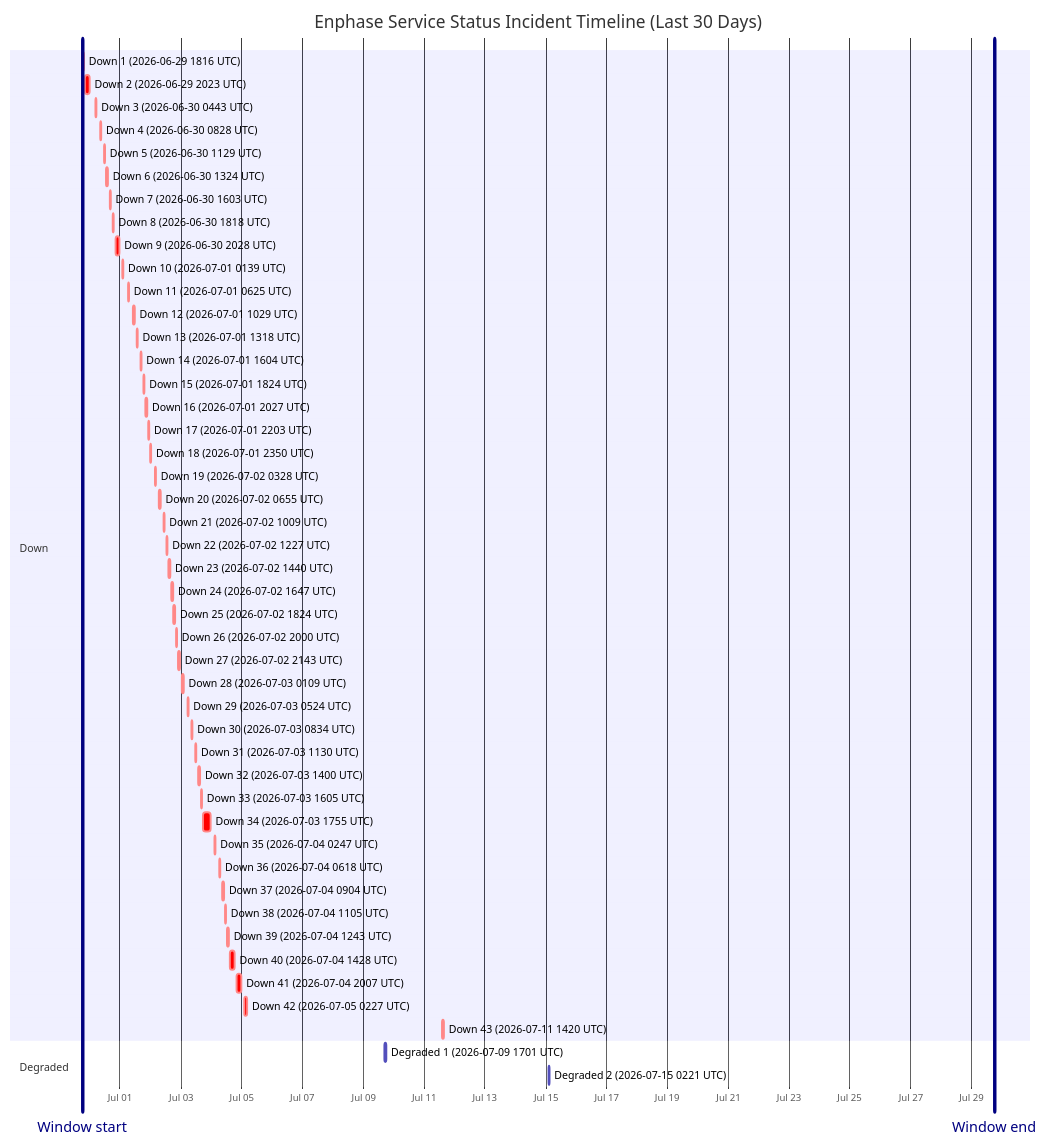
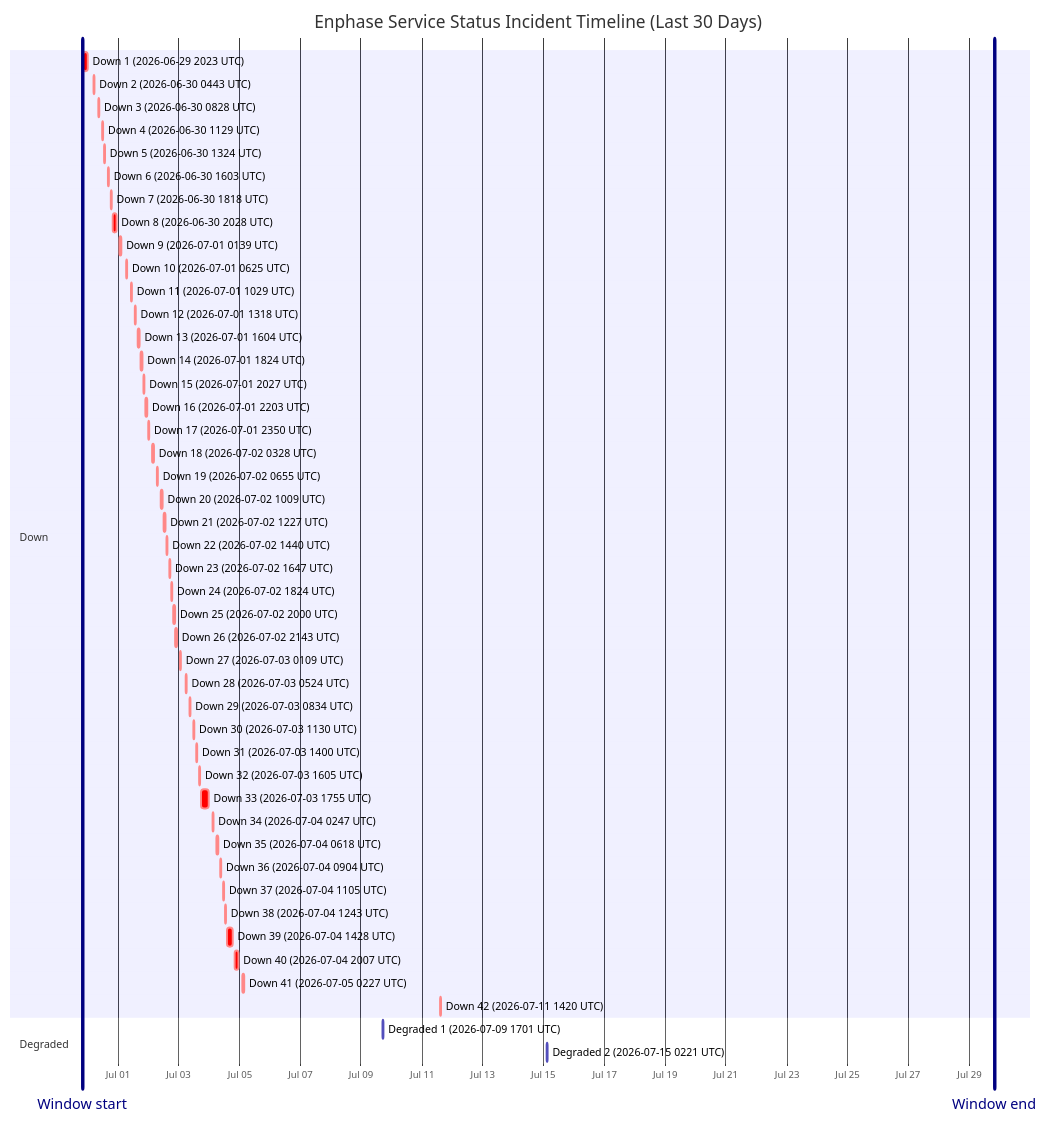
The diagram in wiki/Service-Status-History.md (barneyonline/ha-enphase-energy), drawn with Mermaid before and after one commit. The commit also changed other lines of this file and 3 other files, not shown here.

````diff
--- a/wiki/Service-Status-History.md
+++ b/wiki/Service-Status-History.md
@@ -14,55 +14,54 @@
 ```mermaid
 gantt
     title Enphase Service Status Incident Timeline (Last 30 Days)
     dateFormat  YYYY-MM-DDTHH:mm:ss
     axisFormat  %b %d
-    Window start :vert, window-start, 2026-06-29T18:05:36, 0ms
-    Window end :vert, window-end, 2026-07-29T18:05:36, 0ms
+    Window start :vert, window-start, 2026-06-29T19:51:49, 0ms
+    Window end :vert, window-end, 2026-07-29T19:51:49, 0ms
     section Down
-    Down 1 (2026-06-29 1816 UTC) :crit, down-1, 2026-06-29T18:16:38, 60m
-    Down 2 (2026-06-29 2023 UTC) :crit, down-2, 2026-06-29T20:23:16, 220m
-    Down 3 (2026-06-30 0443 UTC) :crit, down-3, 2026-06-30T04:43:54, 60m
-    Down 4 (2026-06-30 0828 UTC) :crit, down-4, 2026-06-30T08:28:43, 60m
-    Down 5 (2026-06-30 1129 UTC) :crit, down-5, 2026-06-30T11:29:15, 60m
-    Down 6 (2026-06-30 1324 UTC) :crit, down-6, 2026-06-30T13:24:25, 60m
-    Down 7 (2026-06-30 1603 UTC) :crit, down-7, 2026-06-30T16:03:26, 60m
-    Down 8 (2026-06-30 1818 UTC) :crit, down-8, 2026-06-30T18:18:39, 60m
-    Down 9 (2026-06-30 2028 UTC) :crit, down-9, 2026-06-30T20:28:54, 171m
-    Down 10 (2026-07-01 0139 UTC) :crit, down-10, 2026-07-01T01:39:18, 60m
-    Down 11 (2026-07-01 0625 UTC) :crit, down-11, 2026-07-01T06:25:35, 60m
-    Down 12 (2026-07-01 1029 UTC) :crit, down-12, 2026-07-01T10:29:24, 60m
-    Down 13 (2026-07-01 1318 UTC) :crit, down-13, 2026-07-01T13:18:31, 60m
-    Down 14 (2026-07-01 1604 UTC) :crit, down-14, 2026-07-01T16:04:29, 60m
-    Down 15 (2026-07-01 1824 UTC) :crit, down-15, 2026-07-01T18:24:21, 60m
-    Down 16 (2026-07-01 2027 UTC) :crit, down-16, 2026-07-01T20:27:17, 60m
-    Down 17 (2026-07-01 2203 UTC) :crit, down-17, 2026-07-01T22:03:46, 60m
-    Down 18 (2026-07-01 2350 UTC) :crit, down-18, 2026-07-01T23:50:52, 60m
-    Down 19 (2026-07-02 0328 UTC) :crit, down-19, 2026-07-02T03:28:33, 60m
-    Down 20 (2026-07-02 0655 UTC) :crit, down-20, 2026-07-02T06:55:07, 60m
-    Down 21 (2026-07-02 1009 UTC) :crit, down-21, 2026-07-02T10:09:15, 60m
-    Down 22 (2026-07-02 1227 UTC) :crit, down-22, 2026-07-02T12:27:49, 60m
-    Down 23 (2026-07-02 1440 UTC) :crit, down-23, 2026-07-02T14:40:53, 60m
-    Down 24 (2026-07-02 1647 UTC) :crit, down-24, 2026-07-02T16:47:47, 60m
-    Down 25 (2026-07-02 1824 UTC) :crit, down-25, 2026-07-02T18:24:26, 60m
-    Down 26 (2026-07-02 2000 UTC) :crit, down-26, 2026-07-02T20:00:57, 60m
-    Down 27 (2026-07-02 2143 UTC) :crit, down-27, 2026-07-02T21:43:52, 80m
-    Down 28 (2026-07-03 0109 UTC) :crit, down-28, 2026-07-03T01:09:19, 60m
-    Down 29 (2026-07-03 0524 UTC) :crit, down-29, 2026-07-03T05:24:23, 60m
-    Down 30 (2026-07-03 0834 UTC) :crit, down-30, 2026-07-03T08:34:05, 60m
-    Down 31 (2026-07-03 1130 UTC) :crit, down-31, 2026-07-03T11:30:41, 60m
-    Down 32 (2026-07-03 1400 UTC) :crit, down-32, 2026-07-03T14:00:48, 60m
-    Down 33 (2026-07-03 1605 UTC) :crit, down-33, 2026-07-03T16:05:49, 60m
-    Down 34 (2026-07-03 1755 UTC) :crit, down-34, 2026-07-03T17:55:54, 338m
-    Down 35 (2026-07-04 0247 UTC) :crit, down-35, 2026-07-04T02:47:22, 60m
-    Down 36 (2026-07-04 0618 UTC) :crit, down-36, 2026-07-04T06:18:09, 60m
-    Down 37 (2026-07-04 0904 UTC) :crit, down-37, 2026-07-04T09:04:41, 60m
-    Down 38 (2026-07-04 1105 UTC) :crit, down-38, 2026-07-04T11:05:21, 60m
-    Down 39 (2026-07-04 1243 UTC) :crit, down-39, 2026-07-04T12:43:25, 60m
-    Down 40 (2026-07-04 1428 UTC) :crit, down-40, 2026-07-04T14:28:07, 243m
-    Down 41 (2026-07-04 2007 UTC) :crit, down-41, 2026-07-04T20:07:50, 206m
-    Down 42 (2026-07-05 0227 UTC) :crit, down-42, 2026-07-05T02:27:32, 109m
-    Down 43 (2026-07-11 1420 UTC) :crit, down-43, 2026-07-11T14:20:54, 69m
+    Down 1 (2026-06-29 2023 UTC) :crit, down-1, 2026-06-29T20:23:16, 220m
+    Down 2 (2026-06-30 0443 UTC) :crit, down-2, 2026-06-30T04:43:54, 60m
+    Down 3 (2026-06-30 0828 UTC) :crit, down-3, 2026-06-30T08:28:43, 60m
+    Down 4 (2026-06-30 1129 UTC) :crit, down-4, 2026-06-30T11:29:15, 60m
+    Down 5 (2026-06-30 1324 UTC) :crit, down-5, 2026-06-30T13:24:25, 60m
+    Down 6 (2026-06-30 1603 UTC) :crit, down-6, 2026-06-30T16:03:26, 60m
+    Down 7 (2026-06-30 1818 UTC) :crit, down-7, 2026-06-30T18:18:39, 60m
+    Down 8 (2026-06-30 2028 UTC) :crit, down-8, 2026-06-30T20:28:54, 171m
+    Down 9 (2026-07-01 0139 UTC) :crit, down-9, 2026-07-01T01:39:18, 60m
+    Down 10 (2026-07-01 0625 UTC) :crit, down-10, 2026-07-01T06:25:35, 60m
+    Down 11 (2026-07-01 1029 UTC) :crit, down-11, 2026-07-01T10:29:24, 60m
+    Down 12 (2026-07-01 1318 UTC) :crit, down-12, 2026-07-01T13:18:31, 60m
+    Down 13 (2026-07-01 1604 UTC) :crit, down-13, 2026-07-01T16:04:29, 60m
+    Down 14 (2026-07-01 1824 UTC) :crit, down-14, 2026-07-01T18:24:21, 60m
+    Down 15 (2026-07-01 2027 UTC) :crit, down-15, 2026-07-01T20:27:17, 60m
+    Down 16 (2026-07-01 2203 UTC) :crit, down-16, 2026-07-01T22:03:46, 60m
+    Down 17 (2026-07-01 2350 UTC) :crit, down-17, 2026-07-01T23:50:52, 60m
+    Down 18 (2026-07-02 0328 UTC) :crit, down-18, 2026-07-02T03:28:33, 60m
+    Down 19 (2026-07-02 0655 UTC) :crit, down-19, 2026-07-02T06:55:07, 60m
+    Down 20 (2026-07-02 1009 UTC) :crit, down-20, 2026-07-02T10:09:15, 60m
+    Down 21 (2026-07-02 1227 UTC) :crit, down-21, 2026-07-02T12:27:49, 60m
+    Down 22 (2026-07-02 1440 UTC) :crit, down-22, 2026-07-02T14:40:53, 60m
+    Down 23 (2026-07-02 1647 UTC) :crit, down-23, 2026-07-02T16:47:47, 60m
+    Down 24 (2026-07-02 1824 UTC) :crit, down-24, 2026-07-02T18:24:26, 60m
+    Down 25 (2026-07-02 2000 UTC) :crit, down-25, 2026-07-02T20:00:57, 60m
+    Down 26 (2026-07-02 2143 UTC) :crit, down-26, 2026-07-02T21:43:52, 80m
+    Down 27 (2026-07-03 0109 UTC) :crit, down-27, 2026-07-03T01:09:19, 60m
+    Down 28 (2026-07-03 0524 UTC) :crit, down-28, 2026-07-03T05:24:23, 60m
+    Down 29 (2026-07-03 0834 UTC) :crit, down-29, 2026-07-03T08:34:05, 60m
+    Down 30 (2026-07-03 1130 UTC) :crit, down-30, 2026-07-03T11:30:41, 60m
+    Down 31 (2026-07-03 1400 UTC) :crit, down-31, 2026-07-03T14:00:48, 60m
+    Down 32 (2026-07-03 1605 UTC) :crit, down-32, 2026-07-03T16:05:49, 60m
+    Down 33 (2026-07-03 1755 UTC) :crit, down-33, 2026-07-03T17:55:54, 338m
+    Down 34 (2026-07-04 0247 UTC) :crit, down-34, 2026-07-04T02:47:22, 60m
+    Down 35 (2026-07-04 0618 UTC) :crit, down-35, 2026-07-04T06:18:09, 60m
+    Down 36 (2026-07-04 0904 UTC) :crit, down-36, 2026-07-04T09:04:41, 60m
+    Down 37 (2026-07-04 1105 UTC) :crit, down-37, 2026-07-04T11:05:21, 60m
+    Down 38 (2026-07-04 1243 UTC) :crit, down-38, 2026-07-04T12:43:25, 60m
+    Down 39 (2026-07-04 1428 UTC) :crit, down-39, 2026-07-04T14:28:07, 243m
+    Down 40 (2026-07-04 2007 UTC) :crit, down-40, 2026-07-04T20:07:50, 206m
+    Down 41 (2026-07-05 0227 UTC) :crit, down-41, 2026-07-05T02:27:32, 109m
+    Down 42 (2026-07-11 1420 UTC) :crit, down-42, 2026-07-11T14:20:54, 69m
     section Degraded
     Degraded 1 (2026-07-09 1701 UTC) :active, degraded-1, 2026-07-09T17:01:02, 60m
     Degraded 2 (2026-07-15 0221 UTC) :active, degraded-2, 2026-07-15T02:21:35, 60m
 ```
````
